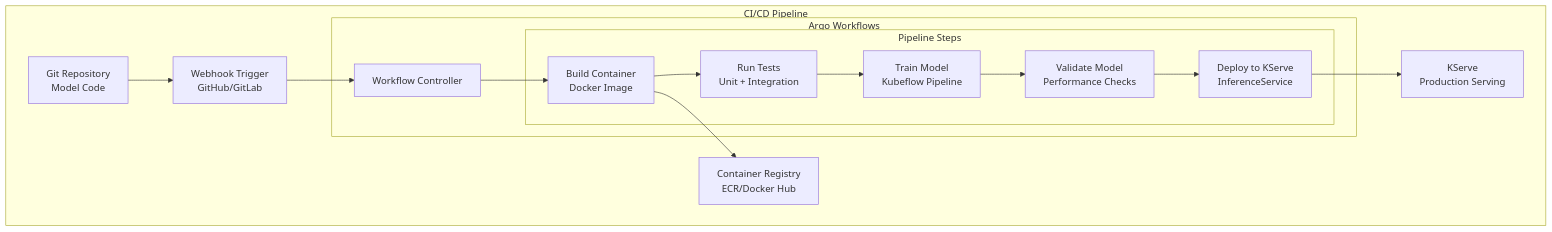
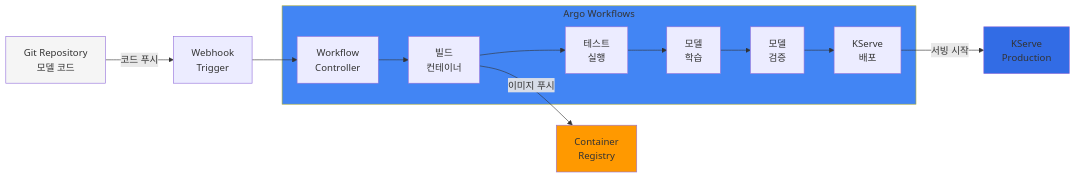
Before and after one commit to devfloor9/engineering-playbook: the fifth of 6 diagrams in docs/agentic-ai-platform/operations-mlops/mlops-pipeline-eks.md, drawn with Mermaid. The commit also changed other lines of this file and 24 other files, not shown here.

````diff
--- a/docs/agentic-ai-platform/operations-mlops/mlops-pipeline-eks.md
+++ b/docs/agentic-ai-platform/operations-mlops/mlops-pipeline-eks.md
@@ -867,33 +876,33 @@
 ```mermaid
-flowchart TB
-    subgraph "CI/CD Pipeline"
-        GIT[Git Repository<br/>Model Code]
-        TRIGGER[Webhook Trigger<br/>GitHub/GitLab]
-        
-        subgraph "Argo Workflows"
-            WORKFLOW[Workflow Controller]
-            
-            subgraph "Pipeline Steps"
-                BUILD[Build Container<br/>Docker Image]
-                TEST[Run Tests<br/>Unit + Integration]
-                TRAIN[Train Model<br/>Kubeflow Pipeline]
-                VALIDATE[Validate Model<br/>Performance Checks]
-                DEPLOY[Deploy to KServe<br/>InferenceService]
-            end
-        end
-        
-        REGISTRY[Container Registry<br/>ECR/Docker Hub]
-        KSERVE[KServe<br/>Production Serving]
+flowchart LR
+    GIT[Git Repository<br/>모델 코드]
+    TRIGGER[Webhook<br/>Trigger]
+
+    subgraph Argo["Argo Workflows"]
+        WORKFLOW[Workflow<br/>Controller]
+        BUILD[빌드<br/>컨테이너]
+        TEST[테스트<br/>실행]
+        TRAIN[모델<br/>학습]
+        VALIDATE[모델<br/>검증]
+        DEPLOY[KServe<br/>배포]
     end
-    
-    GIT --> TRIGGER
+
+    REGISTRY[Container<br/>Registry]
+    KSERVE[KServe<br/>Production]
+
+    GIT -->|코드 푸시| TRIGGER
     TRIGGER --> WORKFLOW
     WORKFLOW --> BUILD
     BUILD --> TEST
     TEST --> TRAIN
     TRAIN --> VALIDATE
     VALIDATE --> DEPLOY
-    
-    BUILD --> REGISTRY
-    DEPLOY --> KSERVE
+
+    BUILD -->|이미지 푸시| REGISTRY
+    DEPLOY -->|서빙 시작| KSERVE
+
+    style GIT fill:#f5f5f5
+    style Argo fill:#4285f4
+    style REGISTRY fill:#ff9900
+    style KSERVE fill:#326ce5
 ```
````
